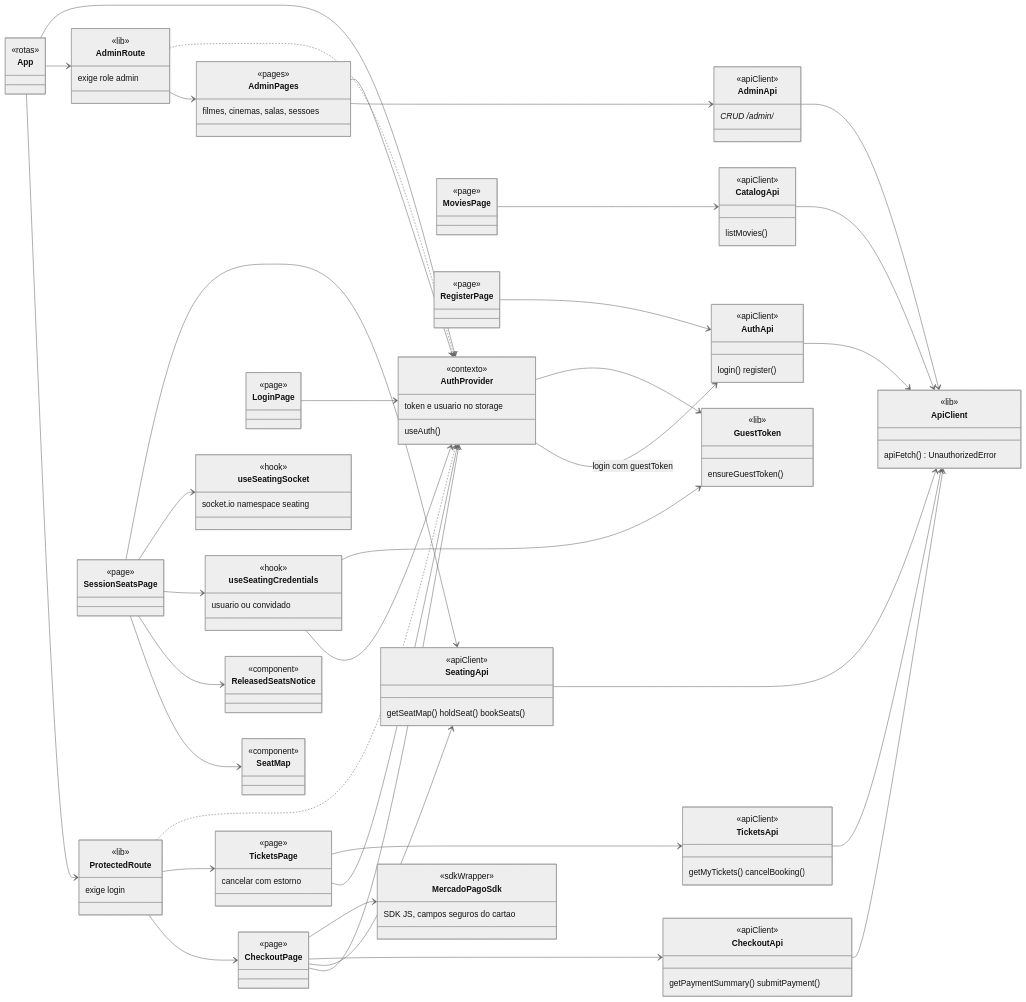
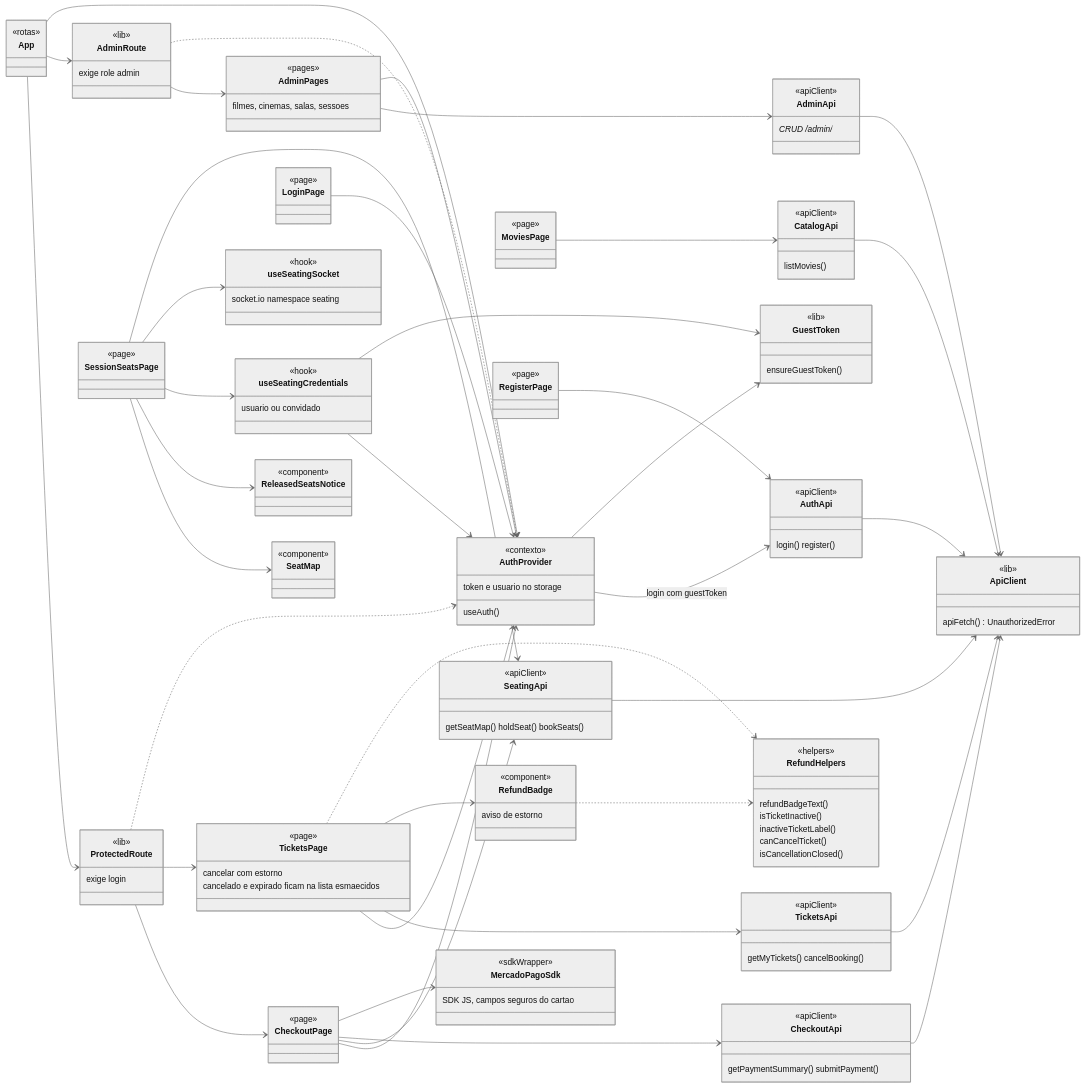
Before and after one commit to D4rkM/movietickets: the diagram in docs/flows/frontend/class.md, drawn with Mermaid (neutral theme).

Commit message:
docs: ingresso esmaecido no diagrama do front

```diff
--- a/docs/flows/frontend/class.md
+++ b/docs/flows/frontend/class.md
@@ -40,6 +40,19 @@
     class TicketsPage {
         <<page>>
         cancelar com estorno
+        cancelado e expirado ficam na lista esmaecidos
+    }
+    class RefundBadge {
+        <<component>>
+        aviso de estorno
+    }
+    class RefundHelpers {
+        <<helpers>>
+        refundBadgeText()
+        isTicketInactive()
+        inactiveTicketLabel()
+        canCancelTicket()
+        isCancellationClosed()
     }
     class LoginPage {
         <<page>>
@@ -119,6 +132,9 @@
     CheckoutPage --> MercadoPagoSdk
     TicketsPage --> AuthProvider
     TicketsPage --> TicketsApi
+    TicketsPage --> RefundBadge
+    TicketsPage ..> RefundHelpers
+    RefundBadge ..> RefundHelpers
     LoginPage --> AuthProvider
     RegisterPage --> AuthApi
     AuthProvider --> AuthApi : login com guestToken
```
